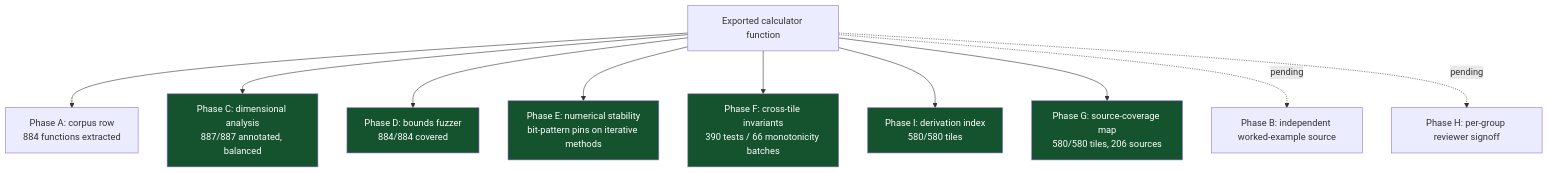
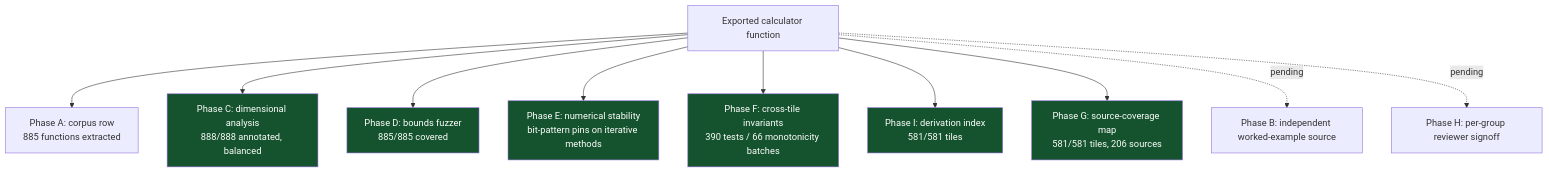
Before and after one commit to clay-good/roughlogic.com: the fourth of 6 diagrams in README.md, drawn with Mermaid. The commit also changed other lines of this file and 16 other files, not shown here.

````diff
--- a/README.md
+++ b/README.md
@@ -302,18 +304,18 @@
 ```mermaid
 flowchart TB
-    F[Exported calculator function] --> A[Phase A: corpus row\n884 functions extracted]
-    F --> C[Phase C: dimensional analysis\n887/887 annotated, balanced]
-    F --> D[Phase D: bounds fuzzer\n884/884 covered]
+    F[Exported calculator function] --> A[Phase A: corpus row\n885 functions extracted]
+    F --> C[Phase C: dimensional analysis\n888/888 annotated, balanced]
+    F --> D[Phase D: bounds fuzzer\n885/885 covered]
     F --> E[Phase E: numerical stability\nbit-pattern pins on iterative methods]
     F --> Fa[Phase F: cross-tile invariants\n390 tests / 66 monotonicity batches]
-    F --> I[Phase I: derivation index\n580/580 tiles]
-    F --> G[Phase G: source-coverage map\n580/580 tiles, 206 sources]
+    F --> I[Phase I: derivation index\n581/581 tiles]
+    F --> G[Phase G: source-coverage map\n581/581 tiles, 206 sources]
     F -.pending.-> B[Phase B: independent worked-example source]
     F -.pending.-> H[Phase H: per-group reviewer signoff]
     style C fill:#14532d,color:#fff
     style D fill:#14532d,color:#fff
     style E fill:#14532d,color:#fff
     style Fa fill:#14532d,color:#fff
     style G fill:#14532d,color:#fff
     style I fill:#14532d,color:#fff
 ```
````
